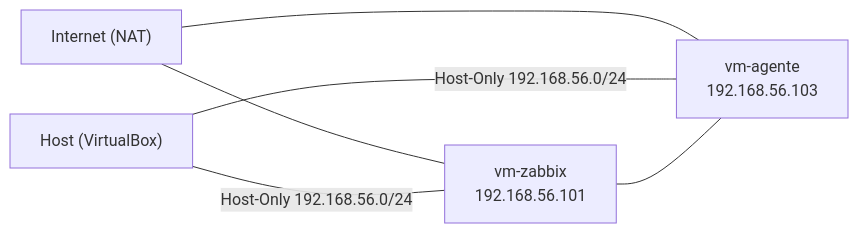
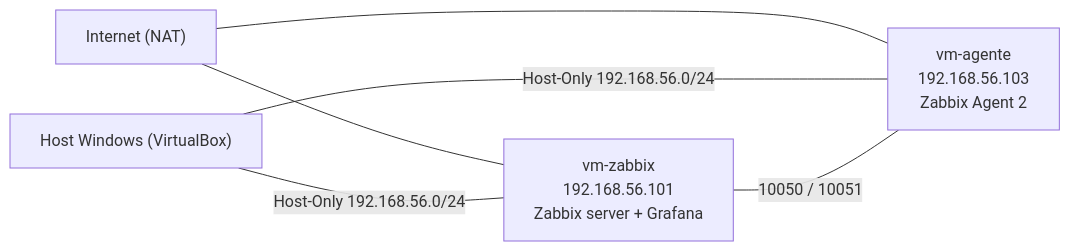
One commit to Aron-Cipriano/homelab-soc-infra changed the diagram in README.md. Above: the diagram before and after it, drawn with Mermaid. The commit also changed other lines of this file, not shown here.

Commit message:
docs: README com Grafana, teste de deteccao e problemas resolvidos

````diff
--- a/README.md
+++ b/README.md
@@ -15,12 +29,12 @@
 ```mermaid
 graph LR
     NET["Internet (NAT)"]
-    HOST["Host (VirtualBox)"]
-    ZBX["vm-zabbix<br/>192.168.56.101"]
-    AGT["vm-agente<br/>192.168.56.103"]
+    HOST["Host Windows (VirtualBox)"]
+    ZBX["vm-zabbix<br/>192.168.56.101<br/>Zabbix server + Grafana"]
+    AGT["vm-agente<br/>192.168.56.103<br/>Zabbix Agent 2"]
     NET --- ZBX
     NET --- AGT
     HOST ---|"Host-Only 192.168.56.0/24"| ZBX
     HOST ---|"Host-Only 192.168.56.0/24"| AGT
-    ZBX --- AGT
+    ZBX ---|"10050 / 10051"| AGT
 ```
````
